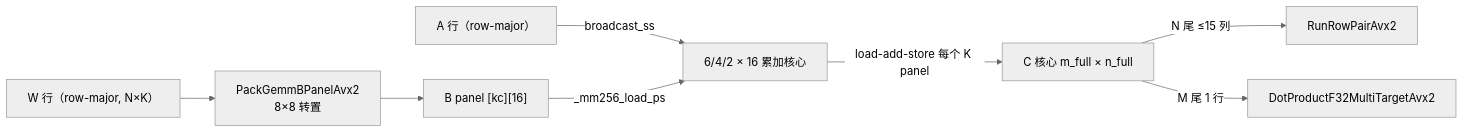
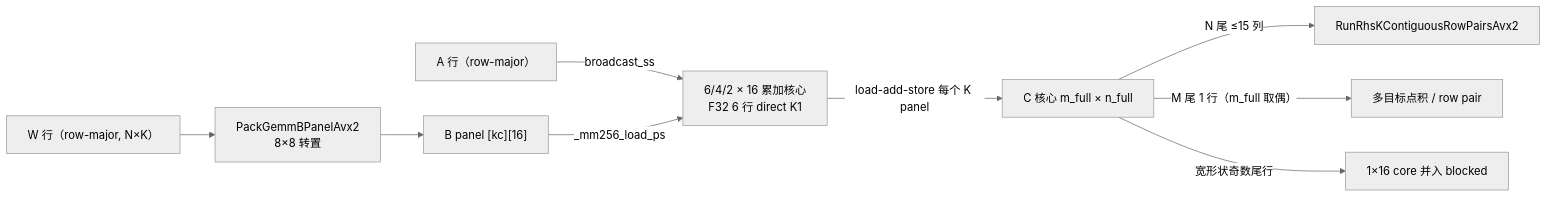
One commit to fengjiran/AetherMind changed the fourth of 5 diagrams in docs/handbook/算子系统/算子实现详解/GEMM 内核.md. Above: the diagram before and after it, drawn with Mermaid (neutral theme). The commit also changed other lines of this file, not shown here.

Commit message:
docs(gemm): update AVX2 dispatch and kernel selection

````diff
--- a/docs/handbook/算子系统/算子实现详解/GEMM 内核.md
+++ b/docs/handbook/算子系统/算子实现详解/GEMM 内核.md
@@ -423,8 +457,9 @@
 ```mermaid
 flowchart LR
-    A["A 行（row-major）"] -->|"broadcast_ss"| Core["6/4/2 × 16 累加核心"]
+    A["A 行（row-major）"] -->|"broadcast_ss"| Core["6/4/2 × 16 累加核心<br/>F32 6 行 direct K1"]
     W["W 行（row-major, N×K）"] --> Pack["PackGemmBPanelAvx2<br/>8×8 转置"] --> Panel["B panel [kc][16]"] -->|"_mm256_load_ps"| Core
     Core -->|"load-add-store 每个 K panel"| C["C 核心 m_full × n_full"]
-    C -->|"N 尾 ≤15 列"| RP["RunRowPairAvx2"]
-    C -->|"M 尾 1 行"| DP["DotProductF32MultiTargetAvx2"]
+    C -->|"N 尾 ≤15 列"| RP["RunRhsKContiguousRowPairsAvx2"]
+    C -->|"M 尾 1 行（m_full 取偶）"| DP["多目标点积 / row pair"]
+    C -->|"宽形状奇数尾行"| Odd["1×16 core 并入 blocked"]
 ```
````
